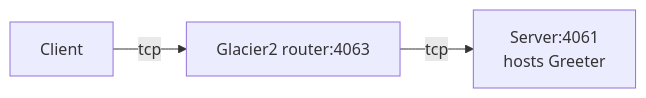
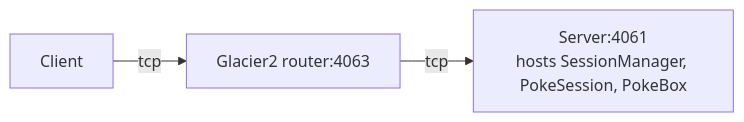
The diagram in csharp/Glacier2/Session/README.md (zeroc-ice/ice-demos), drawn with Mermaid before and after one commit. The commit also changed other lines of this file and 15 other files, not shown here.

Commit message:
New Glacier session demo in C#

````diff
--- a/csharp/Glacier2/Session/README.md
+++ b/csharp/Glacier2/Session/README.md
@@ -5,4 +10,4 @@
 ```mermaid
 flowchart LR
-    c[Client] --tcp--> g[Glacier2 router:4063] --tcp--> s[Server:4061<br>hosts Greeter]
+    c[Client] --tcp--> g[Glacier2 router:4063] --tcp--> s[Server:4061<br>hosts SessionManager, PokeSession, PokeBox]
 ```
````
